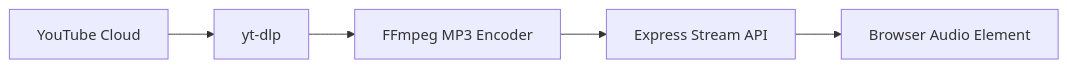
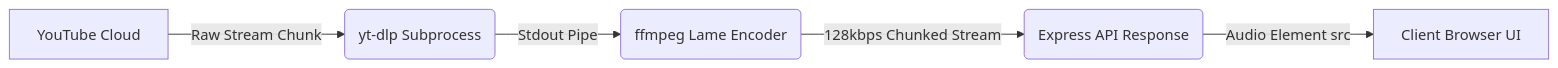
The first of 2 diagrams in README.md (KNIGHTABDO/claudio), drawn with Mermaid before and after one commit. The commit also changed other lines of this file and 14 other files, not shown here.

````diff
--- a/README.md
+++ b/README.md
@@ -58,7 +80,7 @@
 ```mermaid
 graph LR
-    A[YouTube Cloud] --> B[yt-dlp]
-    B --> C[FFmpeg MP3 Encoder]
-    C --> D[Express Stream API]
-    D --> E[Browser Audio Element]
+    A[YouTube Cloud] -- Raw Stream Chunk --> B(yt-dlp Subprocess)
+    B -- Stdout Pipe --> C(ffmpeg Lame Encoder)
+    C -- 128kbps Chunked Stream --> D(Express API Response)
+    D -- Audio Element src --> E[Client Browser UI]
 ```
````
